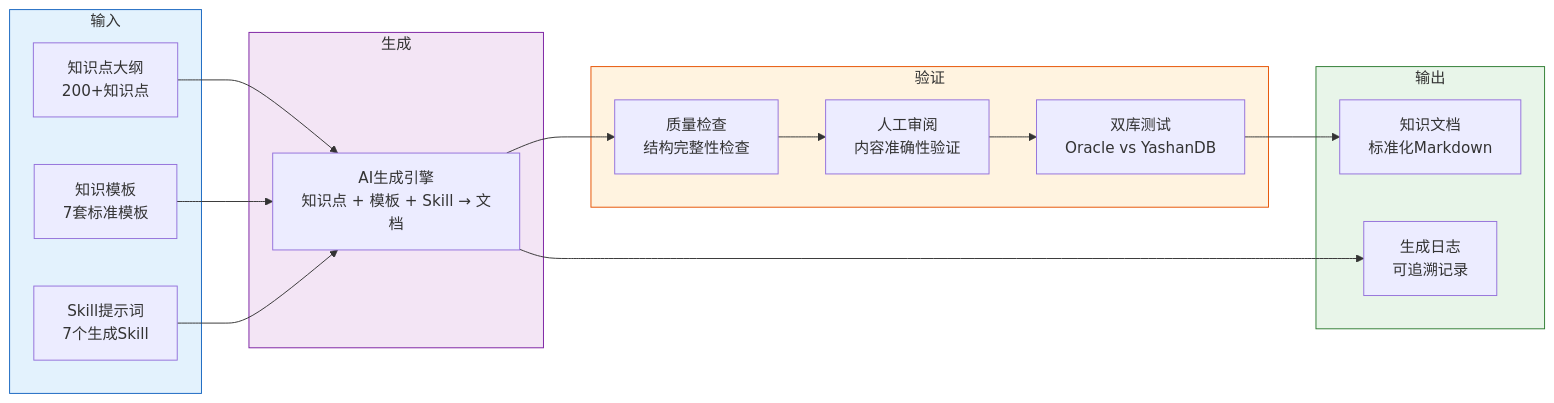
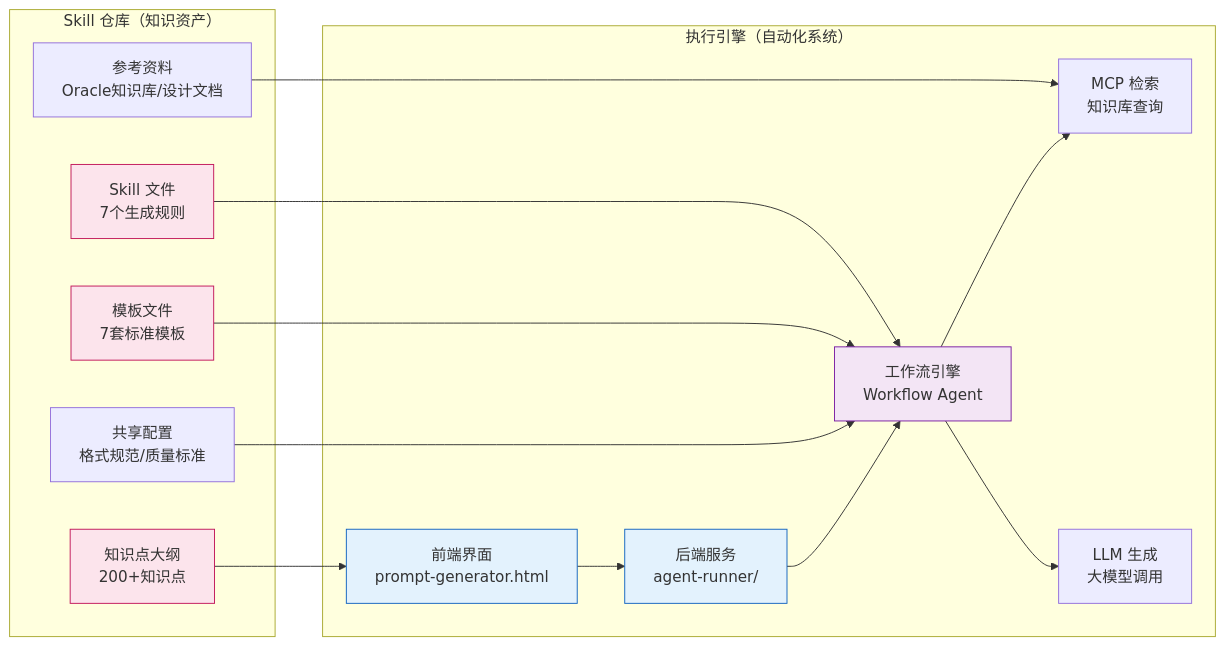
The fifth of 13 diagrams in README.md (heyyang0210/kb-builder), drawn with Mermaid before and after one commit. The commit also changed other lines of this file and 23 other files, not shown here.

````diff
--- a/README.md
+++ b/README.md
@@ -27,37 +220,36 @@
 ```mermaid
-flowchart LR
-    subgraph 输入
-        KP["知识点大纲<br>200+知识点"]
-        TPL["知识模板<br>7套标准模板"]
-        SKILL["Skill提示词<br>7个生成Skill"]
+graph LR
+    subgraph "Skill 仓库（知识资产）"
+        S1[Skill 文件<br>7个生成规则]
+        S2[模板文件<br>7套标准模板]
+        S3[知识点大纲<br>200+知识点]
+        S4[共享配置<br>格式规范/质量标准]
+        S5[参考资料<br>Oracle知识库/设计文档]
     end
-
-    subgraph 生成
-        AI["AI生成引擎<br>知识点 + 模板 + Skill → 文档"]
+    
+    subgraph "执行引擎（自动化系统）"
+        E1[前端界面<br>prompt-generator.html]
+        E2[后端服务<br>agent-runner/]
+        E3[工作流引擎<br>Workflow Agent]
+        E4[MCP 检索<br>知识库查询]
+        E5[LLM 生成<br>大模型调用]
     end
-
-    subgraph 验证
-        QC["质量检查<br>结构完整性检查"]
-        REVIEW["人工审阅<br>内容准确性验证"]
-        TEST["双库测试<br>Oracle vs YashanDB"]
-    end
-
-    subgraph 输出
-        DOC["知识文档<br>标准化Markdown"]
-        LOG["生成日志<br>可追溯记录"]
-    end
-
-    KP --> AI
-    TPL --> AI
-    SKILL --> AI
-    AI --> QC
-    QC --> REVIEW
-    REVIEW --> TEST
-    TEST --> DOC
-    AI --> LOG
     
-    style 输入 fill:#e3f2fd,stroke:#1565c0
-    style 生成 fill:#f3e5f5,stroke:#7b1fa2
-    style 验证 fill:#fff3e0,stroke:#e65100
-    style 输出 fill:#e8f5e9,stroke:#2e7d32
+    S1 --> E3
+    S2 --> E3
+    S3 --> E1
+    S4 --> E3
+    S5 --> E4
+    
+    E1 --> E2
+    E2 --> E3
+    E3 --> E4
+    E3 --> E5
+    
+    style S1 fill:#fce4ec,stroke:#c2185b
+    style S2 fill:#fce4ec,stroke:#c2185b
+    style S3 fill:#fce4ec,stroke:#c2185b
+    style E1 fill:#e3f2fd,stroke:#1565c0
+    style E2 fill:#e3f2fd,stroke:#1565c0
+    style E3 fill:#f3e5f5,stroke:#7b1fa2
 ```
````
